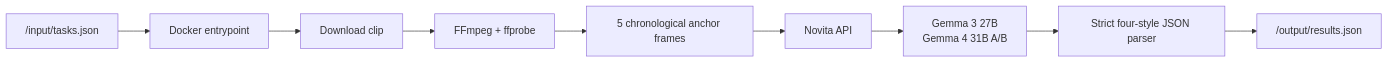
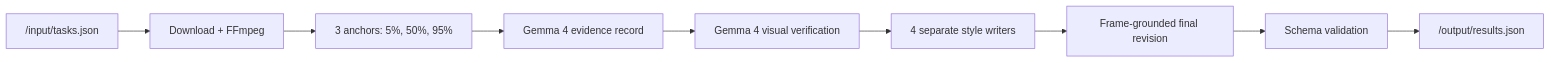
One commit to tuancookiez-hub/ClioGemma changed the diagram in docs/PPT_SLIDE_BRIEF.md. Above: the diagram before and after it, drawn with Mermaid. The commit also changed other lines of this file and 7 other files, not shown here.

````diff
--- a/docs/PPT_SLIDE_BRIEF.md
+++ b/docs/PPT_SLIDE_BRIEF.md
@@ -72,11 +45,11 @@
 ```mermaid
 flowchart LR
-    A["/input/tasks.json"] --> B["Docker entrypoint"]
-    B --> C["Download clip"]
-    C --> D["FFmpeg + ffprobe"]
-    D --> E["5 chronological anchor frames"]
-    E --> F["Novita API"]
-    F --> G["Gemma 3 27B\nGemma 4 31B A/B"]
-    G --> H["Strict four-style JSON parser"]
+    A["/input/tasks.json"] --> B["Download + FFmpeg"]
+    B --> C["3 anchors: 5%, 50%, 95%"]
+    C --> D["Gemma 4 evidence record"]
+    D --> E["Gemma 4 visual verification"]
+    E --> F["4 separate style writers"]
+    F --> G["Frame-grounded final revision"]
+    G --> H["Schema validation"]
     H --> I["/output/results.json"]
 ```
````
